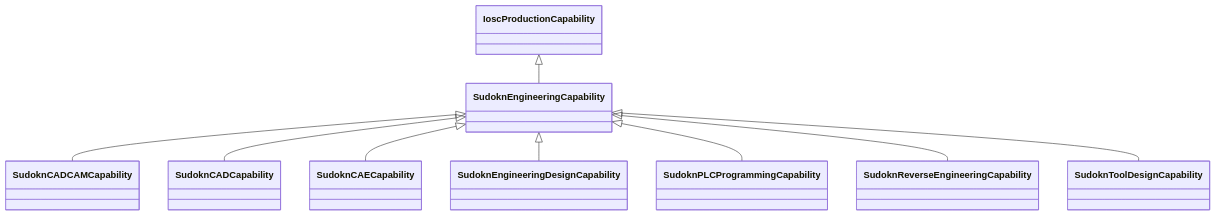
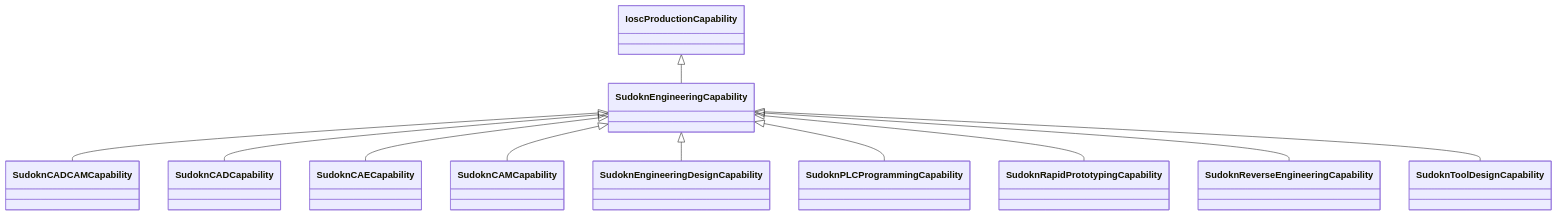
Before and after one commit to frink-okn/graph-descriptions: the diagram in sudokn-kg/classes/SudoknEngineeringCapability.md, drawn with Mermaid. The commit also changed other lines of this file and 903 other files, not shown here.

````diff
--- a/sudokn-kg/classes/SudoknEngineeringCapability.md
+++ b/sudokn-kg/classes/SudoknEngineeringCapability.md
@@ -23,26 +16,30 @@
 ```mermaid
  classDiagram
     class SudoknEngineeringCapability
     click SudoknEngineeringCapability href "../SudoknEngineeringCapability"
       IoscProductionCapability <|-- SudoknEngineeringCapability
         click IoscProductionCapability href "../IoscProductionCapability"
       
 
       SudoknEngineeringCapability <|-- SudoknCADCAMCapability
         click SudoknCADCAMCapability href "../SudoknCADCAMCapability"
       SudoknEngineeringCapability <|-- SudoknCADCapability
         click SudoknCADCapability href "../SudoknCADCapability"
       SudoknEngineeringCapability <|-- SudoknCAECapability
         click SudoknCAECapability href "../SudoknCAECapability"
+      SudoknEngineeringCapability <|-- SudoknCAMCapability
+        click SudoknCAMCapability href "../SudoknCAMCapability"
       SudoknEngineeringCapability <|-- SudoknEngineeringDesignCapability
         click SudoknEngineeringDesignCapability href "../SudoknEngineeringDesignCapability"
       SudoknEngineeringCapability <|-- SudoknPLCProgrammingCapability
         click SudoknPLCProgrammingCapability href "../SudoknPLCProgrammingCapability"
+      SudoknEngineeringCapability <|-- SudoknRapidPrototypingCapability
+        click SudoknRapidPrototypingCapability href "../SudoknRapidPrototypingCapability"
       SudoknEngineeringCapability <|-- SudoknReverseEngineeringCapability
         click SudoknReverseEngineeringCapability href "../SudoknReverseEngineeringCapability"
       SudoknEngineeringCapability <|-- SudoknToolDesignCapability
         click SudoknToolDesignCapability href "../SudoknToolDesignCapability"
       
       
       
 ```
````
